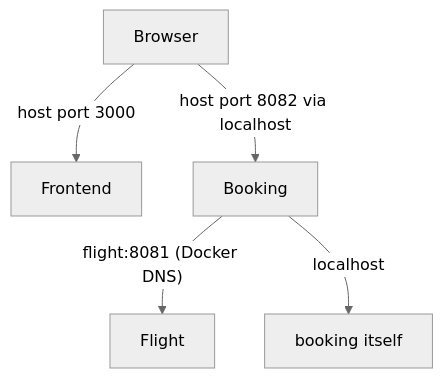
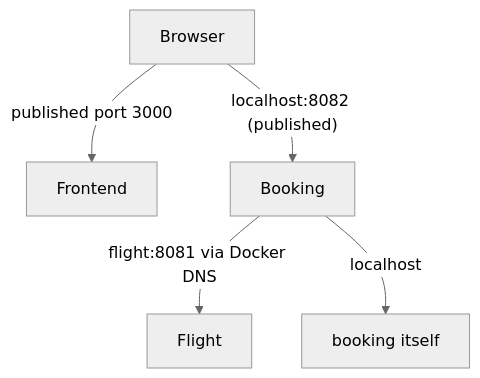
The diagram in docs/learn/containers/networks-and-clients.md (darshan-raul/apollo11-docs), drawn with Mermaid (neutral theme) before and after one commit. The commit also changed other lines of this file and 55 other files, not shown here.

````diff
--- a/docs/learn/containers/networks-and-clients.md
+++ b/docs/learn/containers/networks-and-clients.md
@@ -26,7 +33,7 @@
 ```mermaid
 flowchart TB
-  Browser -->|host port 3000| Frontend
-  Browser -->|host port 8082 via localhost| Booking
-  Booking -->|"flight:8081 (Docker DNS)"| Flight
+  Browser -->|published port 3000| Frontend
+  Browser -->|"localhost:8082 (published)"| Booking
+  Booking -->|"flight:8081 via Docker DNS"| Flight
   Booking -->|localhost| Self[booking itself]
 ```
````
